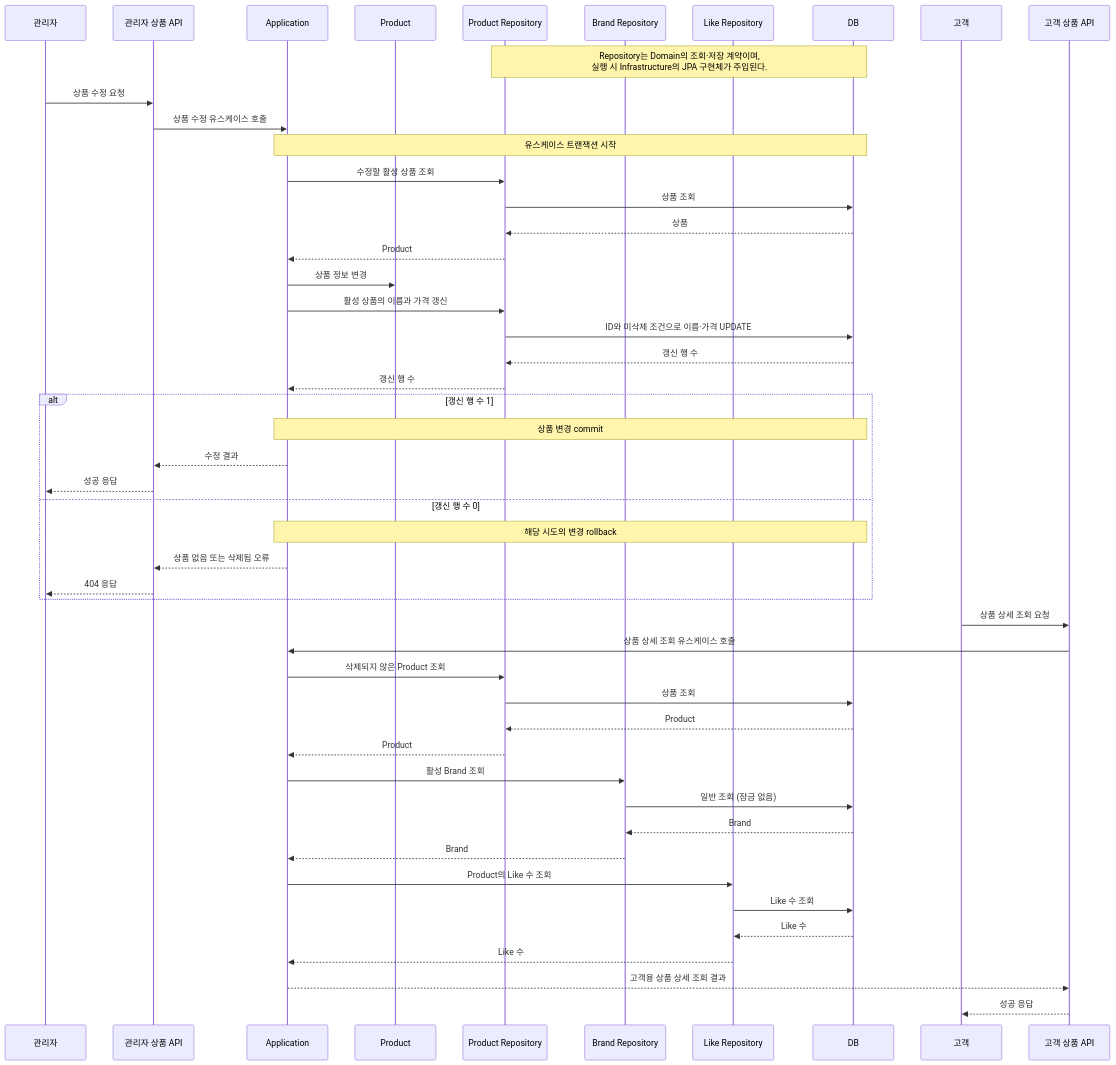
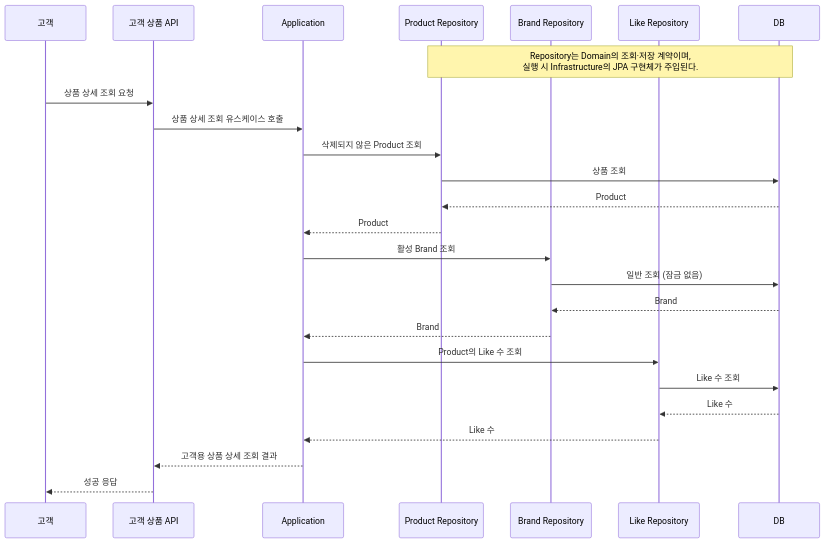
The diagram in docs/system-design/use-cases/product-detail.md (loopers-labs/loop-pack-be-l2-vol5-java), drawn with Mermaid before and after one commit. The commit also changed other lines of this file and 19 other files, not shown here.

````diff
--- a/docs/system-design/use-cases/product-detail.md
+++ b/docs/system-design/use-cases/product-detail.md
@@ -9,55 +9,29 @@
 ```mermaid
 sequenceDiagram
-    participant A as 관리자
-    participant AAC as 관리자 상품 API
+    participant C as 고객
+    participant CAC as 고객 상품 API
     participant APP as Application
-    participant P as Product
     participant PR as Product Repository
     participant BR as Brand Repository
     participant LR as Like Repository
     participant DB as DB
-    participant C as 고객
-    participant CAC as 고객 상품 API
 
     Note over PR,DB: Repository는 Domain의 조회·저장 계약이며,<br/>실행 시 Infrastructure의 JPA 구현체가 주입된다.
-
-    A->>AAC: 상품 수정 요청
-    AAC->>APP: 상품 수정 유스케이스 호출
-    Note over APP,DB: 유스케이스 트랜잭션 시작
-    APP->>PR: 수정할 활성 상품 조회
-    PR->>DB: 상품 조회
-    DB-->>PR: 상품
-    PR-->>APP: Product
-
-    APP->>P: 상품 정보 변경
-    APP->>PR: 활성 상품의 이름과 가격 갱신
-    PR->>DB: ID와 미삭제 조건으로 이름·가격 UPDATE
-    DB-->>PR: 갱신 행 수
-    PR-->>APP: 갱신 행 수
-    alt 갱신 행 수 1
-        Note over APP,DB: 상품 변경 commit
-        APP-->>AAC: 수정 결과
-        AAC-->>A: 성공 응답
-    else 갱신 행 수 0
-        Note over APP,DB: 해당 시도의 변경 rollback
-        APP-->>AAC: 상품 없음 또는 삭제됨 오류
-        AAC-->>A: 404 응답
-    end
 
     C->>CAC: 상품 상세 조회 요청
     CAC->>APP: 상품 상세 조회 유스케이스 호출
     APP->>PR: 삭제되지 않은 Product 조회
     PR->>DB: 상품 조회
     DB-->>PR: Product
     PR-->>APP: Product
     APP->>BR: 활성 Brand 조회
     BR->>DB: 일반 조회 (잠금 없음)
     DB-->>BR: Brand
     BR-->>APP: Brand
     APP->>LR: Product의 Like 수 조회
     LR->>DB: Like 수 조회
     DB-->>LR: Like 수
     LR-->>APP: Like 수
     APP-->>CAC: 고객용 상품 상세 조회 결과
     CAC-->>C: 성공 응답
 ```
````
